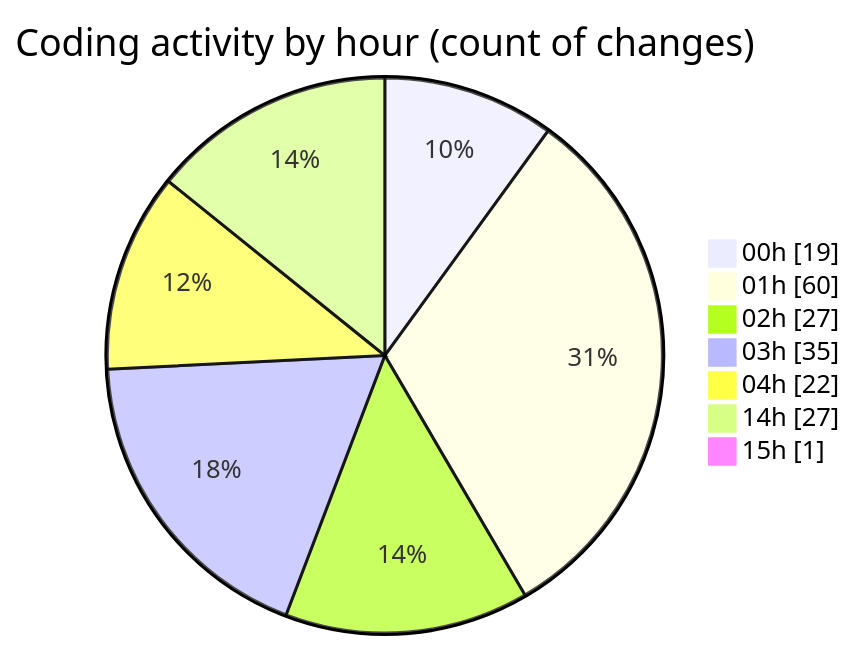
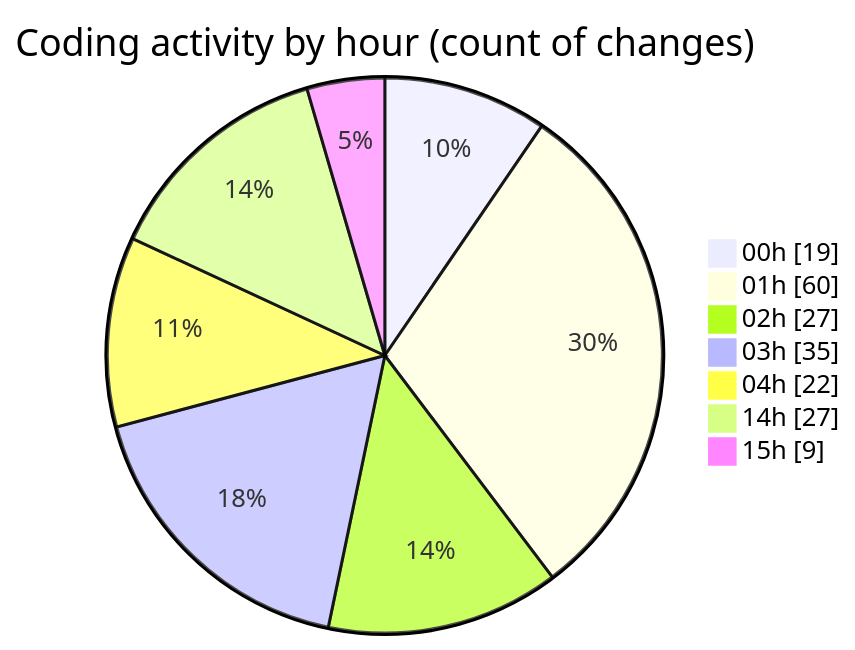
Before and after one commit to lephambinh05/code-tracking: the second of 2 diagrams in 2025-07-25/quanlyrapchieuphim-1/README.md, drawn with Mermaid. The commit also changed other lines of this file and 1 other file, not shown here.

````diff
--- a/2025-07-25/quanlyrapchieuphim-1/README.md
+++ b/2025-07-25/quanlyrapchieuphim-1/README.md
@@ -36,11 +36,11 @@
 ```mermaid
 pie showData
 title Coding activity by hour (count of changes)
 "00h" : 19
 "01h" : 60
 "02h" : 27
 "03h" : 35
 "04h" : 22
 "14h" : 27
-"15h" : 1
+"15h" : 9
 ```
````
